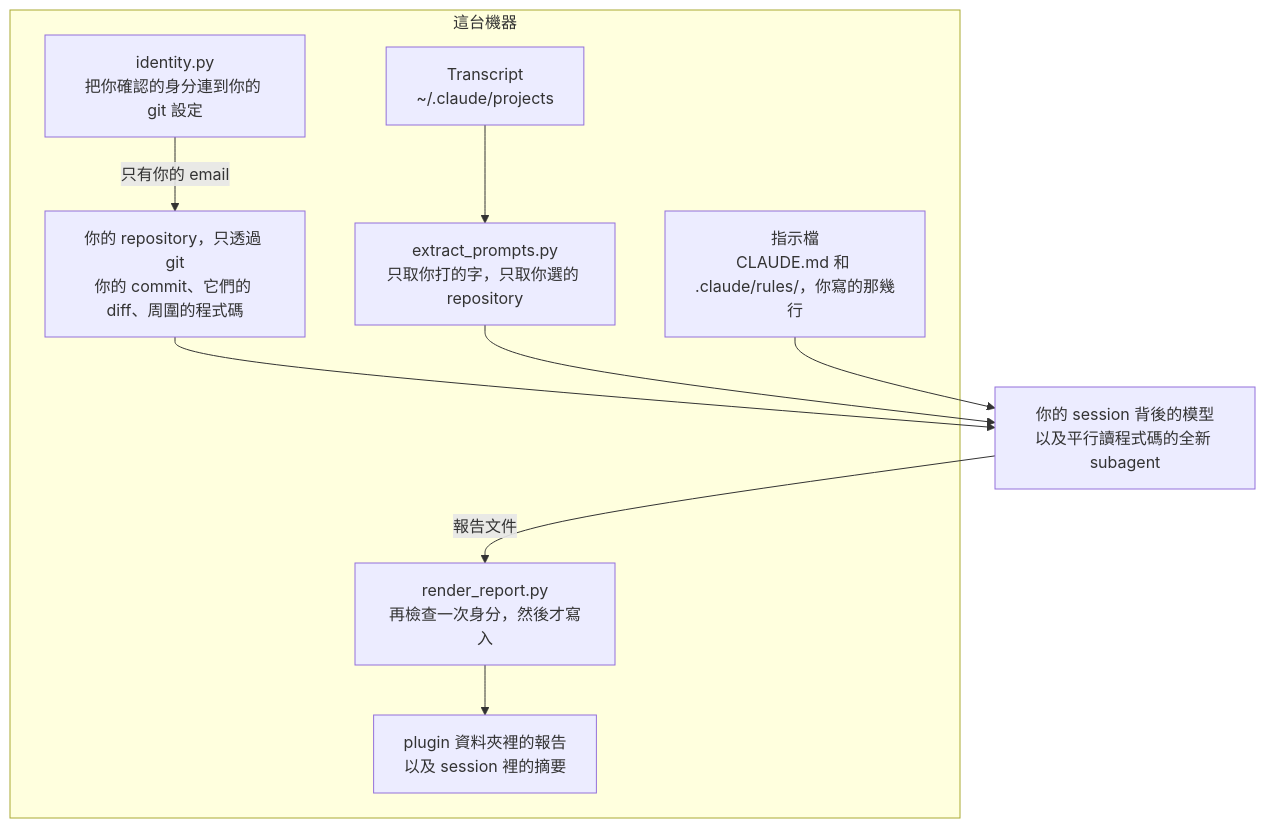
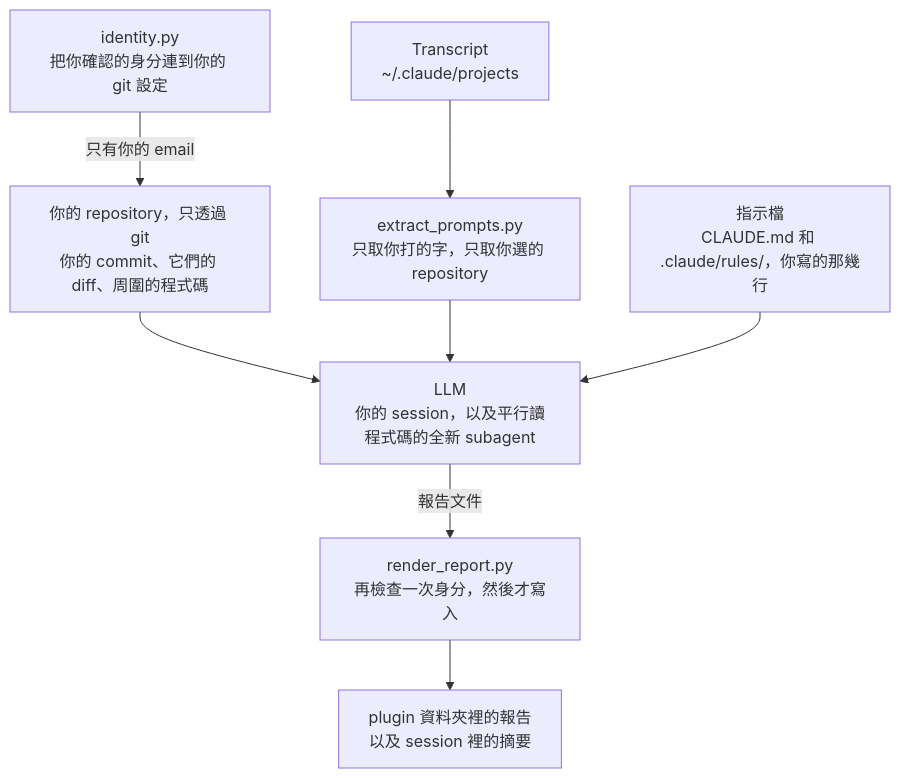
One commit to softwareone-platform/tundra changed the diagram in plugins/whoami/README.zh-TW.md. Above: the diagram before and after it, drawn with Mermaid. The commit also changed other lines of this file and 11 other files, not shown here.

Commit message:
localize whoami's README screenshots and flow

````diff
--- a/plugins/whoami/README.zh-TW.md
+++ b/plugins/whoami/README.zh-TW.md
@@ -45,13 +45,11 @@
 ```mermaid
 flowchart TB
-    subgraph machine["這台機器"]
-        identity["identity.py<br>把你確認的身分連到你的 git 設定"] -- 只有你的 email --> code["你的 repository，只透過 git<br>你的 commit、它們的 diff、周圍的程式碼"]
-        transcripts["Transcript<br>~/.claude/projects"] --> prompts["extract_prompts.py<br>只取你打的字，只取你選的 repository"]
-        rules["指示檔<br>CLAUDE.md 和 .claude/rules/，你寫的那幾行"]
-        render["render_report.py<br>再檢查一次身分，然後才寫入"] --> report["plugin 資料夾裡的報告<br>以及 session 裡的摘要"]
-    end
-    code --> model["你的 session 背後的模型<br>以及平行讀程式碼的全新 subagent"]
+    identity["identity.py<br>把你確認的身分連到你的 git 設定"] -- 只有你的 email --> code["你的 repository，只透過 git<br>你的 commit、它們的 diff、周圍的程式碼"]
+    transcripts["Transcript<br>~/.claude/projects"] --> prompts["extract_prompts.py<br>只取你打的字，只取你選的 repository"]
+    rules["指示檔<br>CLAUDE.md 和 .claude/rules/，你寫的那幾行"]
+    code --> model["LLM<br>你的 session，以及平行讀程式碼的全新 subagent"]
     prompts --> model
     rules --> model
-    model -- 報告文件 --> render
+    model -- 報告文件 --> render["render_report.py<br>再檢查一次身分，然後才寫入"]
+    render --> report["plugin 資料夾裡的報告<br>以及 session 裡的摘要"]
 ```
````
